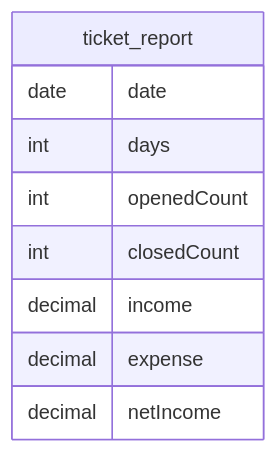
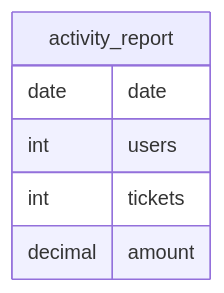
The first of 2 diagrams in docs/diagrams/database/activity-report.md (coinhub-uit/coinhub-uit.github.io), drawn with Mermaid before and after one commit. The commit also changed other lines of this file and 1 other file, not shown here.

Commit message:
fix(db-report): wrong sth

````diff
--- a/docs/diagrams/database/activity-report.md
+++ b/docs/diagrams/database/activity-report.md
@@ -11,12 +11,9 @@
 ```mermaid
 erDiagram
-  ticket_report {
+  activity_report {
     date date
-    int days
-    int openedCount
-    int closedCount
-    decimal income
-    decimal expense
-    decimal netIncome
+    int users
+    int tickets
+    decimal amount
   }
 ```
````
